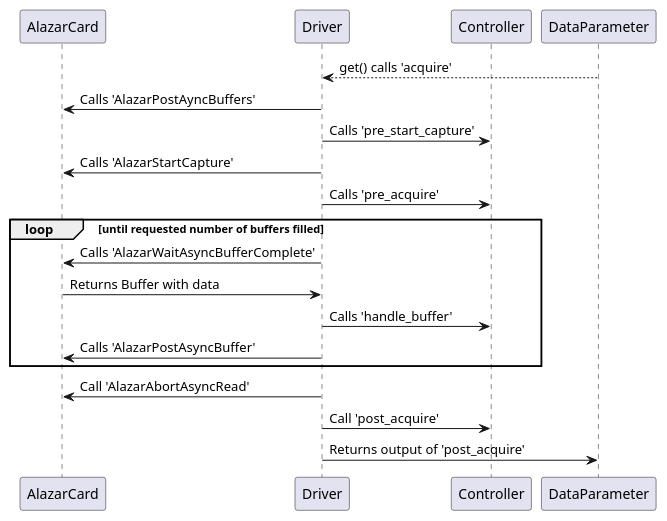
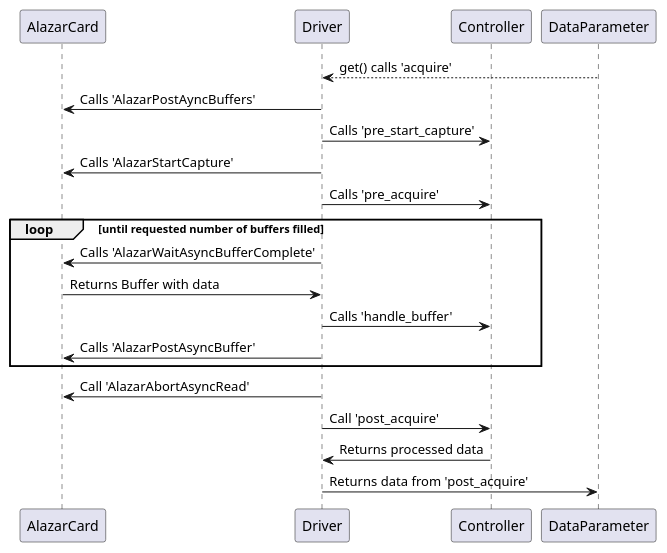
The diagram in qcodes/instrument_drivers/AlazarTech/AlazarMeas.puml (jenshnielsen/Qcodes), drawn with PlantUML before and after one commit. The commit also changed 1 other file, not shown here.

Commit message:
correct diagram

```diff
--- a/qcodes/instrument_drivers/AlazarTech/AlazarMeas.puml
+++ b/qcodes/instrument_drivers/AlazarTech/AlazarMeas.puml
@@ -1,24 +1,25 @@
 @startuml
 participant AlazarCard
 participant Driver
 participant Controller
 participant DataParameter
 
 DataParameter --> Driver: get() calls 'acquire'
 Driver -> AlazarCard: Calls 'AlazarPostAyncBuffers'
 Driver -> Controller: Calls 'pre_start_capture'
 Driver -> AlazarCard: Calls 'AlazarStartCapture'
 Driver -> Controller: Calls 'pre_acquire'
 loop until requested number of buffers filled
     Driver -> AlazarCard: Calls 'AlazarWaitAsyncBufferComplete'
     AlazarCard -> Driver: Returns Buffer with data
     Driver -> Controller: Calls 'handle_buffer'
     Driver -> AlazarCard: Calls 'AlazarPostAsyncBuffer'
 end
 
 Driver -> AlazarCard: Call 'AlazarAbortAsyncRead'
 Driver -> Controller: Call 'post_acquire'
-Driver -> DataParameter: Returns output of 'post_acquire'
+Controller -> Driver: Returns processed data
+Driver -> DataParameter: Returns data from 'post_acquire'
 
 
 @enduml
```
